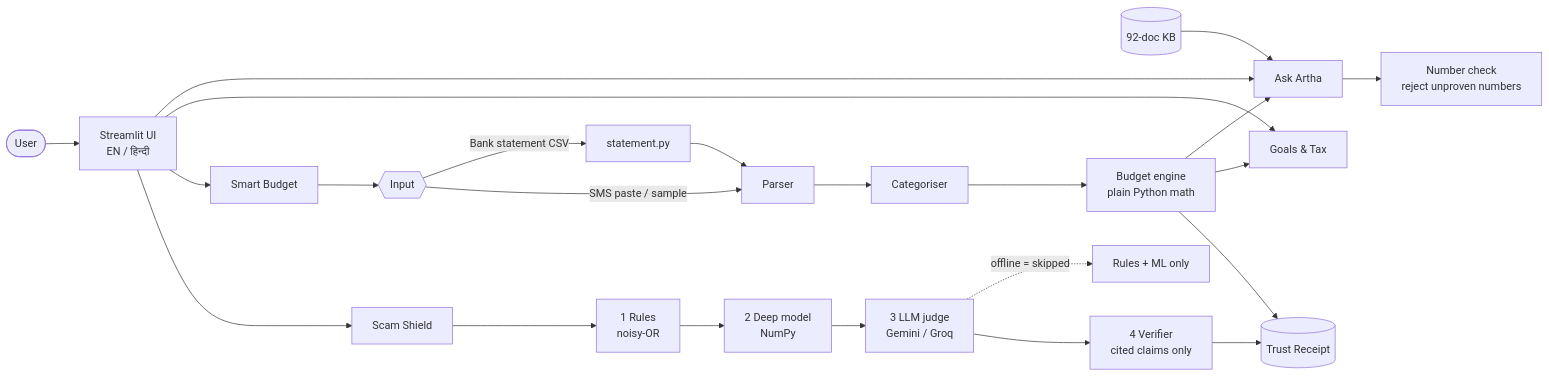
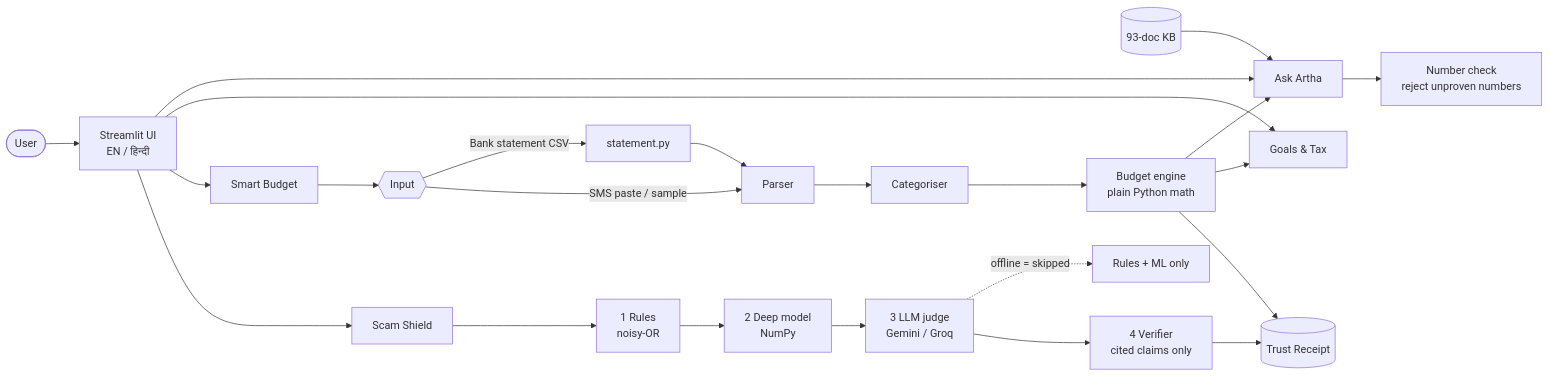
The diagram in ARCHITECTURE.md (Shreya00320/artha-kavach-2026), drawn with Mermaid before and after one commit. The commit also changed other lines of this file and 12 other files, not shown here.

````diff
--- a/ARCHITECTURE.md
+++ b/ARCHITECTURE.md
@@ -318,22 +319,22 @@
 ```mermaid
 flowchart LR
     U([User]) --> UI[Streamlit UI<br/>EN / हिन्दी]
     UI --> SS[Scam Shield]
     UI --> SB[Smart Budget]
     UI --> GT[Goals & Tax]
     UI --> AA[Ask Artha]
-    KB[(92-doc KB)] --> AA
+    KB[(93-doc KB)] --> AA
 
     SS --> R[1 Rules<br/>noisy-OR] --> C[2 Deep model<br/>NumPy] --> J[3 LLM judge<br/>Gemini / Groq] --> V[4 Verifier<br/>cited claims only]
     V --> TR[(Trust Receipt)]
 
     SB --> IN{{Input}}
     IN -->|SMS paste / sample| P[Parser]
     IN -->|Bank statement CSV| ST[statement.py] --> P
     P --> CAT[Categoriser] --> BE[Budget engine<br/>plain Python math] --> TR
     BE --> GT
     BE --> AA
     AA --> NC[Number check<br/>reject unproven numbers]
 
     J -. offline = skipped .-> OFF[Rules + ML only]
 ```
````
